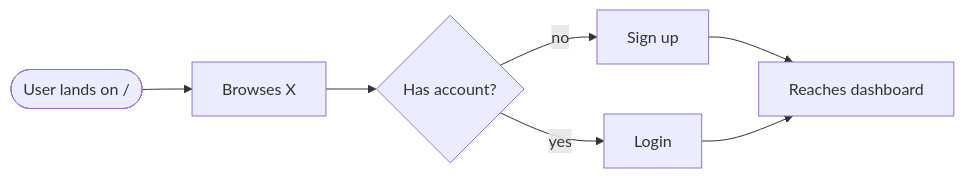
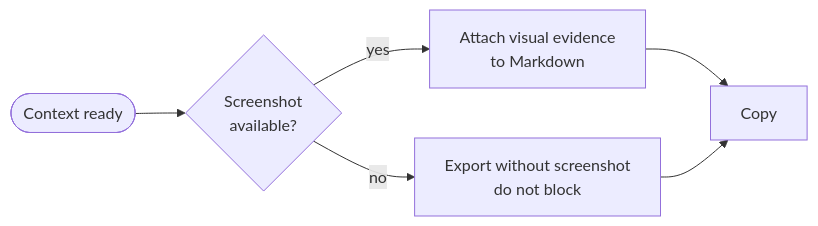
The fourth of 8 diagrams in context/flow.md (aditya452007/Flutter_Agentation), drawn with Mermaid before and after one commit. The commit also changed other lines of this file and 127 other files, not shown here.

````diff
--- a/context/flow.md
+++ b/context/flow.md
@@ -51,9 +100,8 @@
 ```mermaid
 flowchart LR
-    A([User lands on /]) --> B[Browses X]
-    B --> C{Has account?}
-    C -- no --> D[Sign up]
-    C -- yes --> E[Login]
-    D --> F[Reaches dashboard]
-    E --> F
+    A([Context ready]) --> B{Screenshot<br/>available?}
+    B -- yes --> C[Attach visual evidence<br/>to Markdown]
+    B -- no --> D[Export without screenshot<br/>do not block]
+    C --> E[Copy]
+    D --> E
 ```
````
